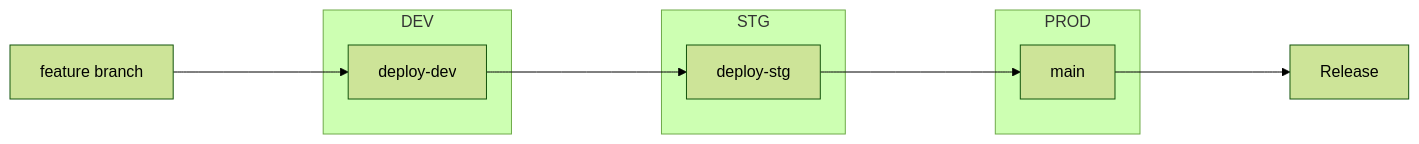
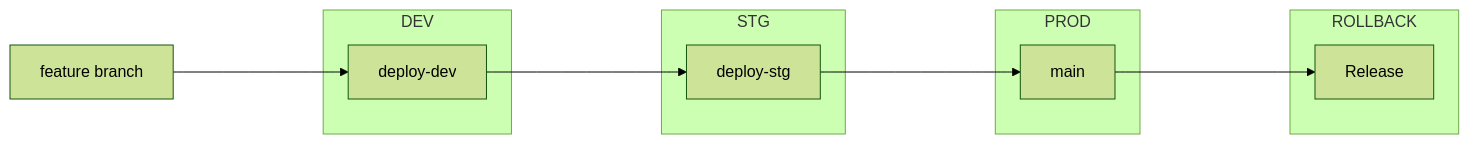
One commit to fritzramos-gf/Workflows changed the diagram in Gates-Workflow.md. Above: the diagram before and after it, drawn with Mermaid (forest theme).

````diff
--- a/Gates-Workflow.md
+++ b/Gates-Workflow.md
@@ -1,27 +1,30 @@
 ```mermaid
 flowchart LR
     A[feature branch] ----> B
     subgraph DEV
         B[deploy-dev]
     end
     B ----> C
     subgraph STG
         C[deploy-stg]
     end
     
     C ----> D
     subgraph PROD
         D[main]
     end
 
-    D ----> E[Release]
+    D ----> E
+    subgraph ROLLBACK
+         E[Release]
+    end
 
 
 
 
 
 
 
 
 
 ```
````
